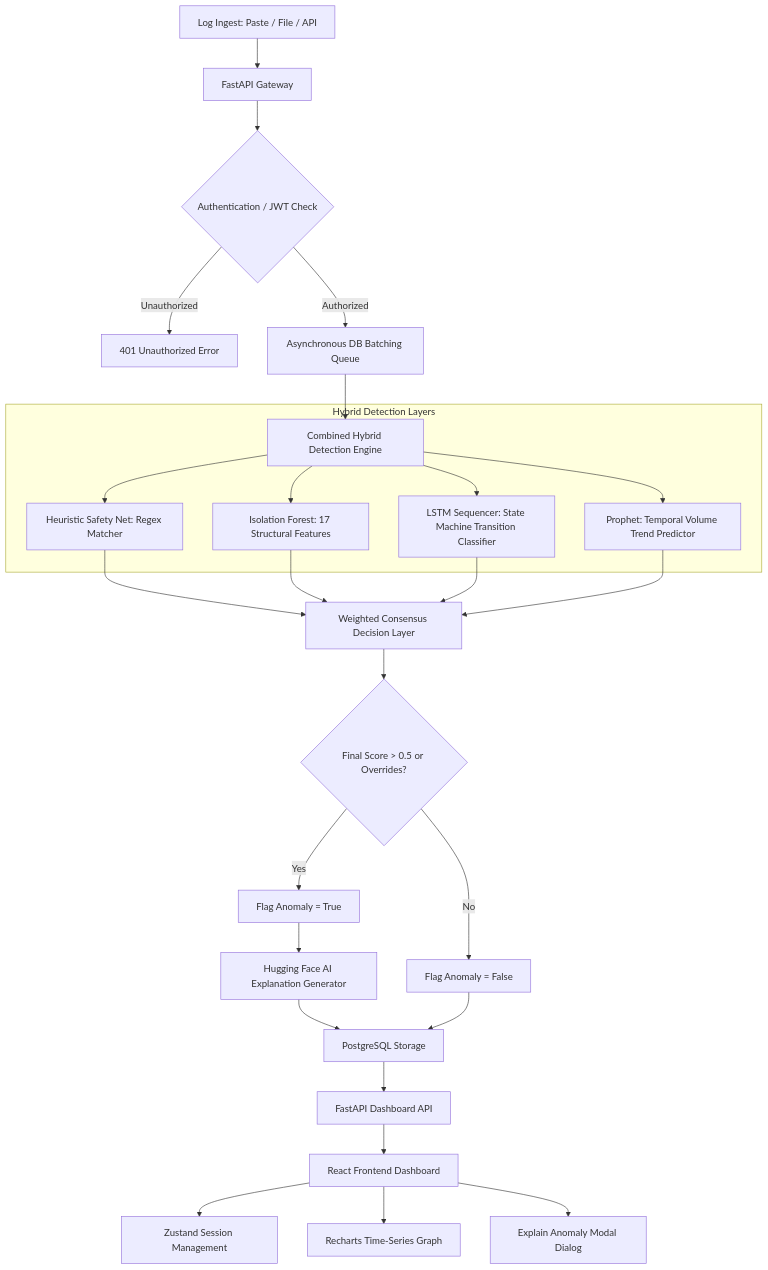
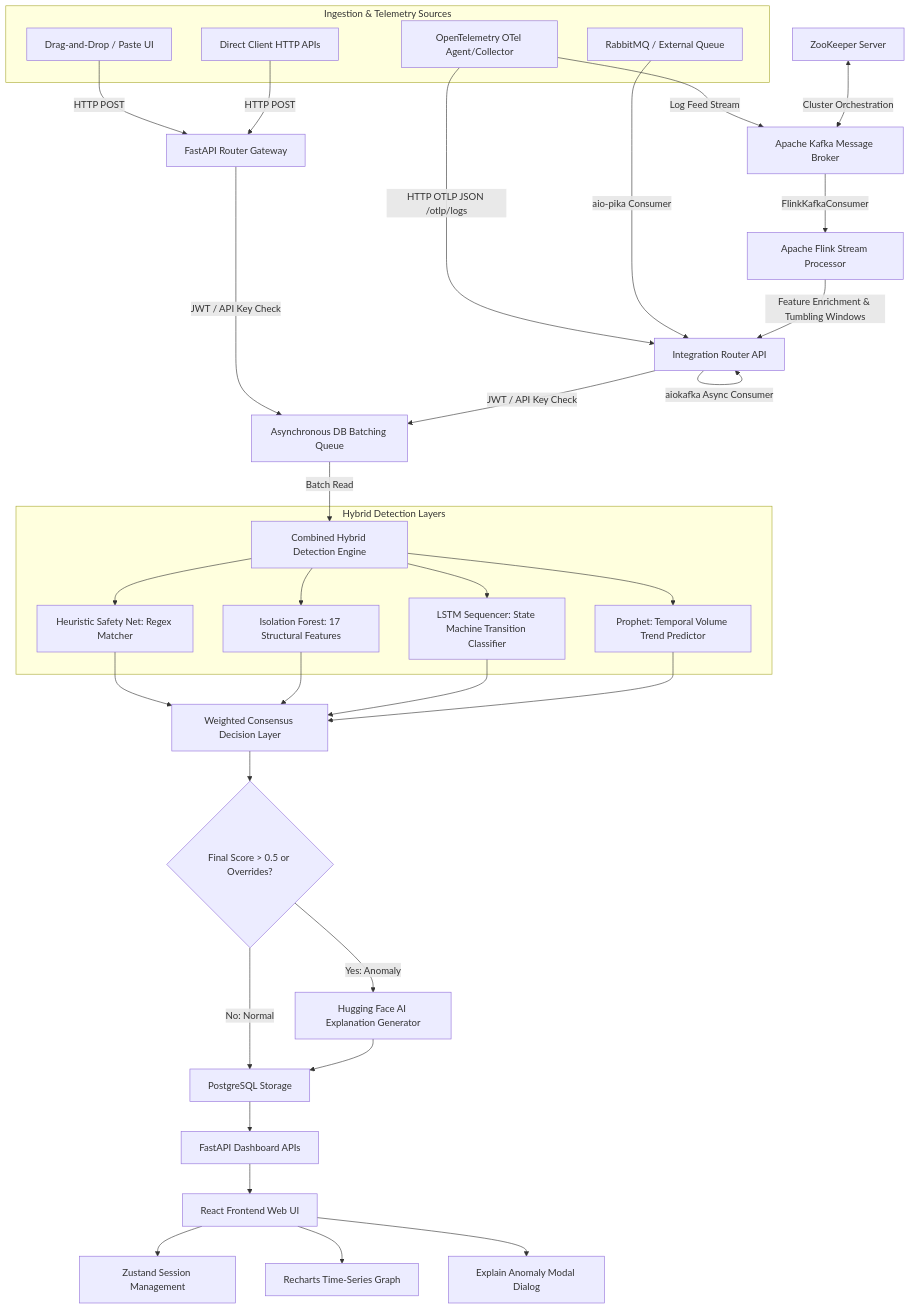
Before and after one commit to AyushSakalkale/BE_Project: the diagram in README.md, drawn with Mermaid. The commit also changed other lines of this file, not shown here.

Commit message:
add kafka, otel, rabbitmq, and zookeeper details to architecture diagram and table

````diff
--- a/README.md
+++ b/README.md
@@ -83,38 +83,59 @@
 ```mermaid
 graph TD
-    A[Log Ingest: Paste / File / API] --> B[FastAPI Gateway]
-    B --> C{Authentication / JWT Check}
-    C -->|Unauthorized| D[401 Unauthorized Error]
-    C -->|Authorized| E[Asynchronous DB Batching Queue]
+    %% Ingestion Sources
+    subgraph Ingestion & Telemetry Sources
+        In1[Drag-and-Drop / Paste UI]
+        In2[Direct Client HTTP APIs]
+        In3[OpenTelemetry OTel Agent/Collector]
+        In4[RabbitMQ / External Queue]
+    end
+
+    %% API Gateway and Consumers
+    In1 -->|HTTP POST| Gateway[FastAPI Router Gateway]
+    In2 -->|HTTP POST| Gateway
+    In3 -->|HTTP OTLP JSON /otlp/logs| IntegrationAPI[Integration Router API]
+    In4 -->|aio-pika Consumer| IntegrationAPI
+
+    %% Streaming & Message Broker Setup
+    In3 -->|Log Feed Stream| KafkaBroker[Apache Kafka Message Broker]
+    Zookeeper[ZooKeeper Server] <-->|Cluster Orchestration| KafkaBroker
     
-    %% Detection Layer
-    E --> F[Combined Hybrid Detection Engine]
+    %% Stream Processing
+    KafkaBroker -->|FlinkKafkaConsumer| FlinkStream[Apache Flink Stream Processor]
+    FlinkStream -->|Feature Enrichment & Tumbling Windows| IntegrationAPI
+    
+    IntegrationAPI -->|aiokafka Async Consumer| IntegrationAPI
+    
+    %% Processing & Ingestion Queue
+    Gateway -->|JWT / API Key Check| DBQueue[Asynchronous DB Batching Queue]
+    IntegrationAPI -->|JWT / API Key Check| DBQueue
+    
+    %% Combined Hybrid Detection Engine
+    DBQueue -->|Batch Read| DetectionEngine[Combined Hybrid Detection Engine]
     subgraph "Hybrid Detection Layers"
-        F --> F1[Heuristic Safety Net: Regex Matcher]
-        F --> F2[Isolation Forest: 17 Structural Features]
-        F --> F3[LSTM Sequencer: State Machine Transition Classifier]
-        F --> F4[Prophet: Temporal Volume Trend Predictor]
+        DetectionEngine --> F1[Heuristic Safety Net: Regex Matcher]
+        DetectionEngine --> F2[Isolation Forest: 17 Structural Features]
+        DetectionEngine --> F3[LSTM Sequencer: State Machine Transition Classifier]
+        DetectionEngine --> F4[Prophet: Temporal Volume Trend Predictor]
     end
     
-    %% Consensus & Aggregation
+    %% Aggregator
     F1 --> G[Weighted Consensus Decision Layer]
     F2 --> G
     F3 --> G
     F4 --> G
     
+    %% Score Decisions
     G --> H{Final Score > 0.5 or Overrides?}
-    H -->|Yes| I[Flag Anomaly = True]
-    H -->|No| J[Flag Anomaly = False]
+    H -->|Yes: Anomaly| K[Hugging Face AI Explanation Generator]
+    H -->|No: Normal| PostgreSQL[PostgreSQL Storage]
     
-    %% AI Explanations
-    I --> K[Hugging Face AI Explanation Generator]
-    K --> L[PostgreSQL Storage]
-    J --> L
+    K --> PostgreSQL
     
-    %% Frontend Consumption
-    L --> M[FastAPI Dashboard API]
-    M --> N[React Frontend Dashboard]
-    N --> N1[Zustand Session Management]
-    N --> N2[Recharts Time-Series Graph]
-    N --> N3[Explain Anomaly Modal Dialog]
+    %% Visual Dashboard UI
+    PostgreSQL --> DashboardAPI[FastAPI Dashboard APIs]
+    DashboardAPI --> ReactDashboard[React Frontend Web UI]
+    ReactDashboard --> N1[Zustand Session Management]
+    ReactDashboard --> N2[Recharts Time-Series Graph]
+    ReactDashboard --> N3[Explain Anomaly Modal Dialog]
 ```
````
